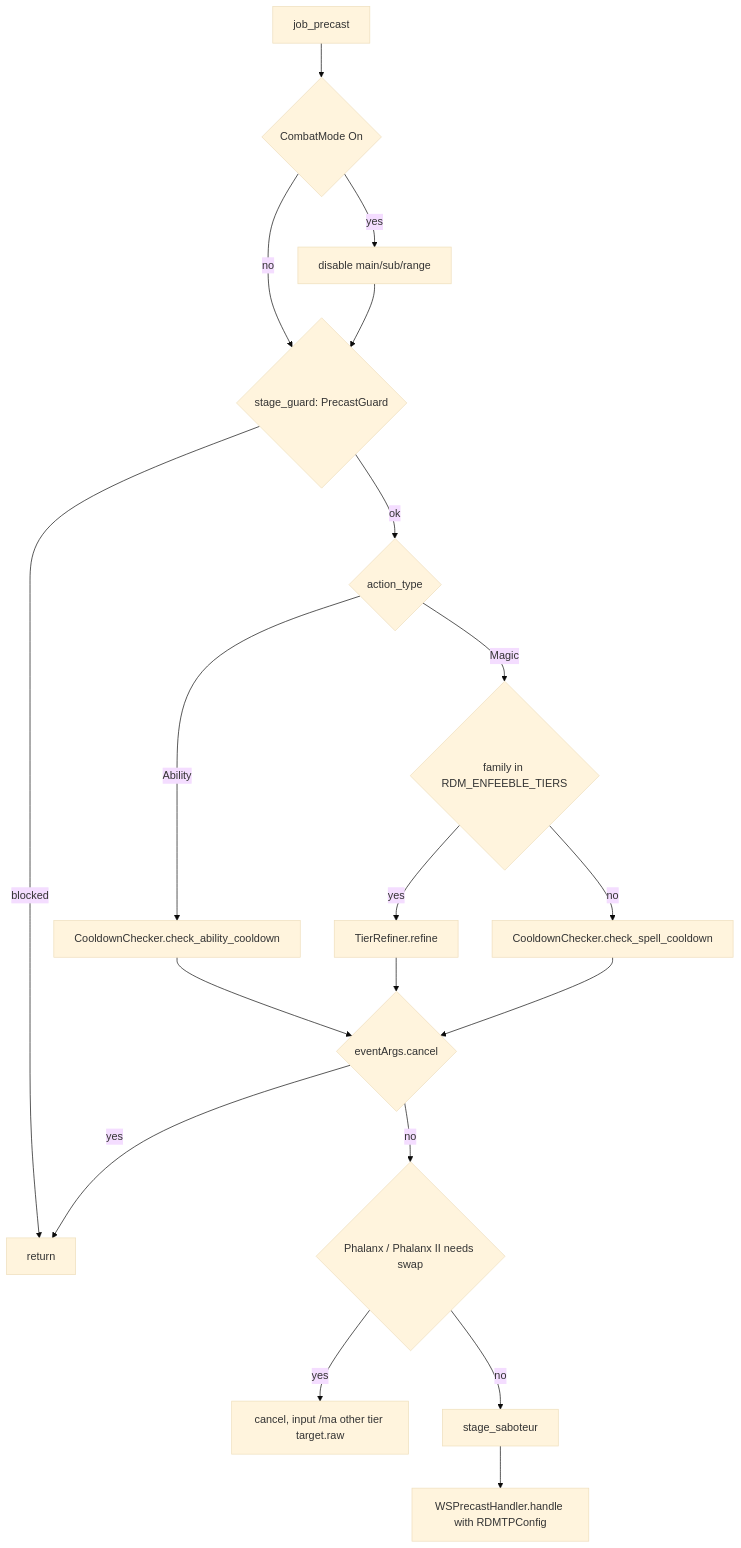
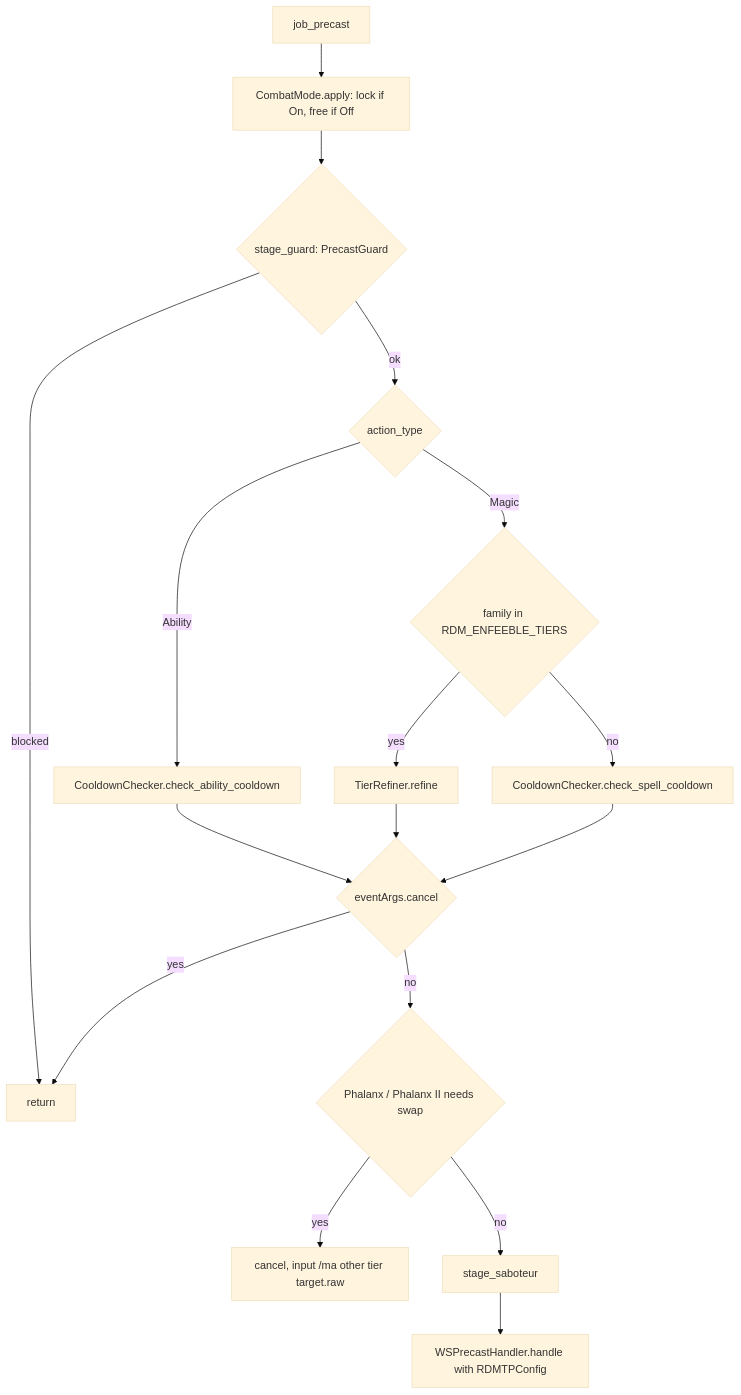
One commit to ejouanchicot/Gearswap changed the second of 2 diagrams in docs/dev/jobs/rdm.md. Above: the diagram before and after it, drawn with Mermaid (base theme). The commit also changed other lines of this file and 12 other files, not shown here.

````diff
--- a/docs/dev/jobs/rdm.md
+++ b/docs/dev/jobs/rdm.md
@@ -141,21 +140,19 @@
 ```mermaid
 flowchart TD
-    A[job_precast] --> L{CombatMode On}
-    L -- yes --> D0[disable main/sub/range]
-    L -- no --> G
+    A[job_precast] --> D0[CombatMode.apply: lock if On, free if Off]
     D0 --> G{stage_guard: PrecastGuard}
     G -- blocked --> Z[return]
     G -- ok --> C{action_type}
     C -- Ability --> CA[CooldownChecker.check_ability_cooldown]
     C -- Magic --> T{family in RDM_ENFEEBLE_TIERS}
     T -- yes --> TR[TierRefiner.refine]
     T -- no --> CS[CooldownChecker.check_spell_cooldown]
     CA --> X{eventArgs.cancel}
     TR --> X
     CS --> X
     X -- yes --> Z
     X -- no --> P{Phalanx / Phalanx II needs swap}
     P -- yes --> PS[cancel, input /ma other tier target.raw]
     P -- no --> S[stage_saboteur]
     S --> W[WSPrecastHandler.handle with RDMTPConfig]
 ```
````
